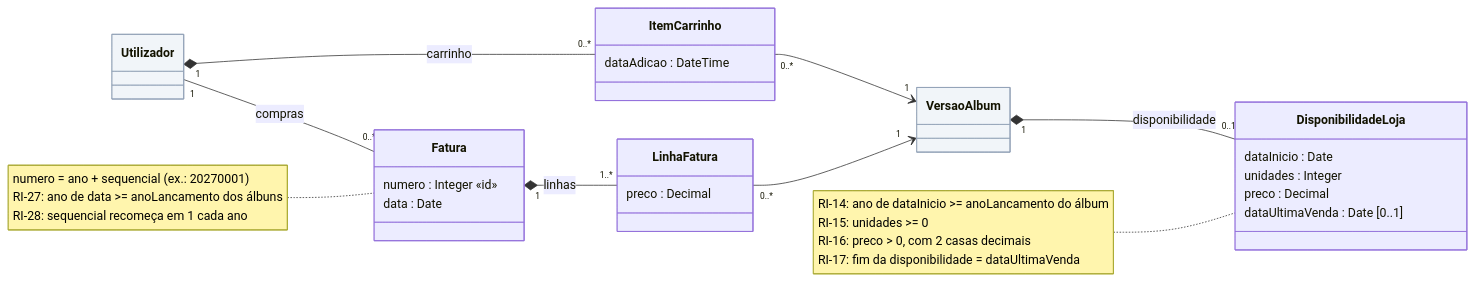
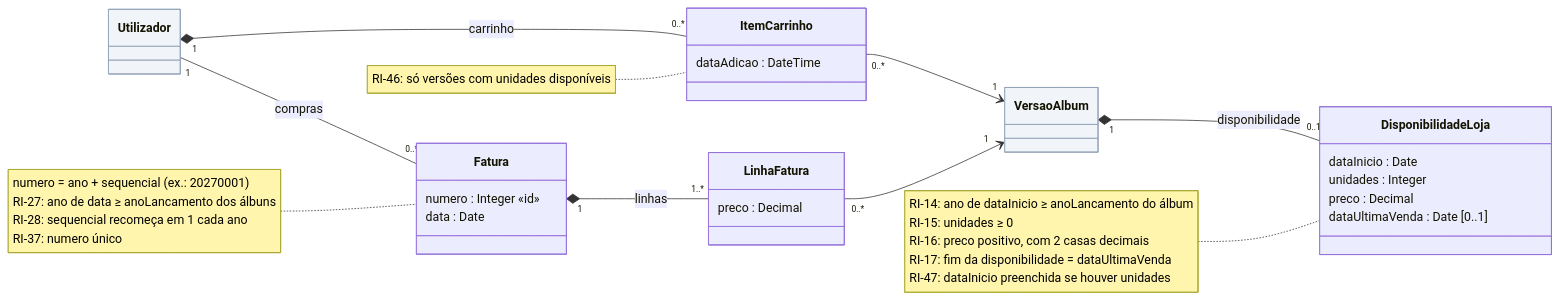
The third of 6 diagrams in etapa1/classes/modelo-classes.md (malat0o/PGP), drawn with Mermaid before and after one commit. The commit also changed other lines of this file and 17 other files, not shown here.

Commit message:
Imagens dos diagramas, secção do relatório, serviços externos e restrições RI-31 a RI-47

````diff
--- a/etapa1/classes/modelo-classes.md
+++ b/etapa1/classes/modelo-classes.md
@@ -179,35 +180,36 @@
 ```mermaid
 classDiagram
   direction LR
   class VersaoAlbum
   class Utilizador
   class DisponibilidadeLoja {
     dataInicio : Date
     unidades : Integer
     preco : Decimal
     dataUltimaVenda : Date [0..1]
   }
   class ItemCarrinho {
     dataAdicao : DateTime
   }
   class Fatura {
     numero : Integer «id»
     data : Date
   }
   class LinhaFatura {
     preco : Decimal
   }
 
   VersaoAlbum "1" *-- "0..1" DisponibilidadeLoja : disponibilidade
   Utilizador "1" *-- "0..*" ItemCarrinho : carrinho
   ItemCarrinho "0..*" --> "1" VersaoAlbum
   Utilizador "1" -- "0..*" Fatura : compras
   Fatura "1" *-- "1..*" LinhaFatura : linhas
   LinhaFatura "0..*" --> "1" VersaoAlbum
 
-  note for DisponibilidadeLoja "RI-14: ano de dataInicio >= anoLancamento do álbum<br>RI-15: unidades >= 0<br>RI-16: preco > 0, com 2 casas decimais<br>RI-17: fim da disponibilidade = dataUltimaVenda"
-  note for Fatura "numero = ano + sequencial (ex.: 20270001)<br>RI-27: ano de data >= anoLancamento dos álbuns<br>RI-28: sequencial recomeça em 1 cada ano"
+  note for DisponibilidadeLoja "RI-14: ano de dataInicio ≥ anoLancamento do álbum<br>RI-15: unidades ≥ 0<br>RI-16: preco positivo, com 2 casas decimais<br>RI-17: fim da disponibilidade = dataUltimaVenda<br>RI-47: dataInicio preenchida se houver unidades"
+  note for Fatura "numero = ano + sequencial (ex.: 20270001)<br>RI-27: ano de data ≥ anoLancamento dos álbuns<br>RI-28: sequencial recomeça em 1 cada ano<br>RI-37: numero único"
+  note for ItemCarrinho "RI-46: só versões com unidades disponíveis"
 
   style VersaoAlbum fill:#f1f5f9,stroke:#94a3b8
   style Utilizador fill:#f1f5f9,stroke:#94a3b8
 ```
````
